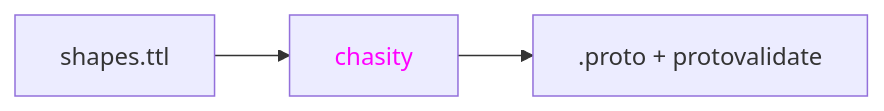
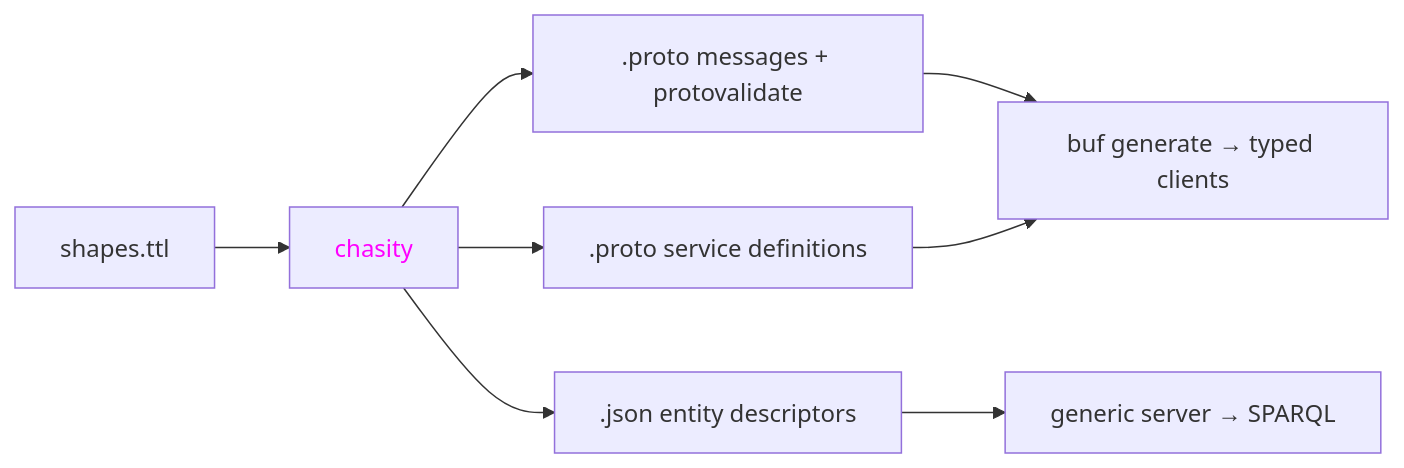
Before and after one commit to jakubrpawlowski/chasity: the diagram in README.md, drawn with Mermaid. The commit also changed other lines of this file and 2 other files, not shown here.

````diff
--- a/README.md
+++ b/README.md
@@ -9,5 +10,10 @@
 ```mermaid
 flowchart LR
-    A[shapes.ttl] --> B[chasity] --> C[.proto + protovalidate]
+    A[shapes.ttl] --> B[chasity]
+    B --> C[.proto messages + protovalidate]
+    B --> D[.proto service definitions]
+    B --> E[.json entity descriptors]
+    C & D --> F[buf generate → typed clients]
+    E --> G[generic server → SPARQL]
     style B color:#ff00ff
 ```
````
